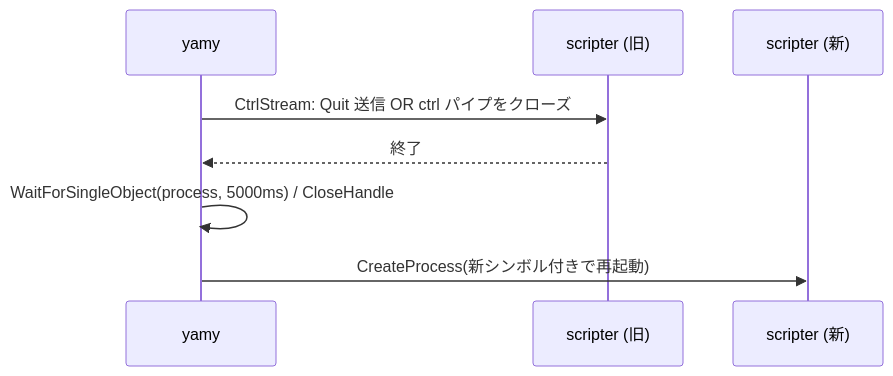
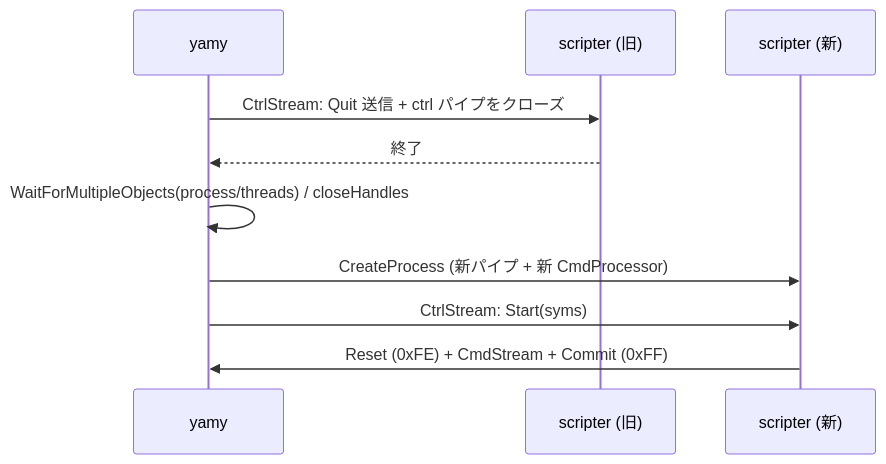
Before and after one commit to vmi/nyamy: the second of 2 diagrams in doc/scripter-design/protocol.md, drawn with Mermaid. The commit also changed other lines of this file and 10 other files, not shown here.

````diff
--- a/doc/scripter-design/protocol.md
+++ b/doc/scripter-design/protocol.md
@@ -243,11 +233,13 @@
 ```mermaid
 sequenceDiagram
     participant yamy
     participant old as scripter (旧)
     participant new as scripter (新)
 
-    yamy->>old: CtrlStream: Quit 送信 OR ctrl パイプをクローズ
+    yamy->>old: CtrlStream: Quit 送信 + ctrl パイプをクローズ
     old-->>yamy: 終了
-    yamy->>yamy: WaitForSingleObject(process, 5000ms) / CloseHandle
-    yamy->>new: CreateProcess(新シンボル付きで再起動)
+    yamy->>yamy: WaitForMultipleObjects(process/threads) / closeHandles
+    yamy->>new: CreateProcess (新パイプ + 新 CmdProcessor)
+    yamy->>new: CtrlStream: Start(syms)
+    new->>yamy: Reset (0xFE) + CmdStream + Commit (0xFF)
 ```
````
